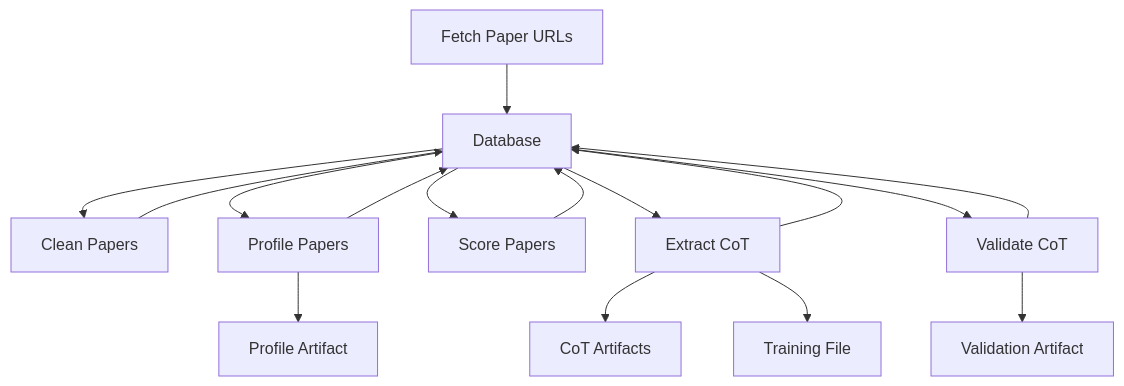
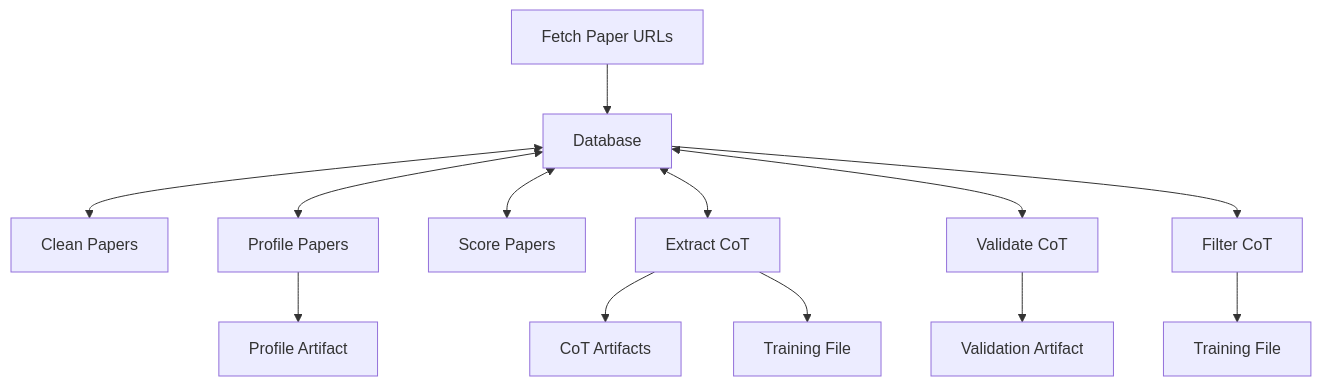
The diagram in misc/pipeline-diagram.mmd (thehunmonkgroup/raspberry-paper-to-cot-pipeline), drawn with Mermaid before and after one commit. The commit also changed 2 other files, not shown here.

Commit message:
update diagram and written description of pipeline

```diff
--- a/misc/pipeline-diagram.mmd
+++ b/misc/pipeline-diagram.mmd
@@ -1,16 +1,13 @@
 flowchart TD
     A[Fetch Paper URLs] --> B[Database]
-    B --> D[Clean Papers]
-    D --> B
-    B --> E[Profile Papers]
-    E --> B
-    B --> F[Score Papers]
-    F --> B
-    B --> G[Extract CoT]
-    G --> B
-    B --> H[Validate CoT]
-    H --> B
-    E --> I[Profile Artifact]
-    G --> J[CoT Artifacts]
-    G --> K[Training File]
-    H --> L[Validation Artifact]
+    B <--> D[Clean Papers]
+    B <--> E[Profile Papers]
+    B <--> F[Score Papers]
+    B <--> G[Extract CoT]
+    B <--> H[Validate CoT]
+    B --> I[Filter CoT]
+    E --> J[Profile Artifact]
+    G --> K[CoT Artifacts]
+    G --> L[Training File]
+    H --> M[Validation Artifact]
+    I --> N[Training File]
```
